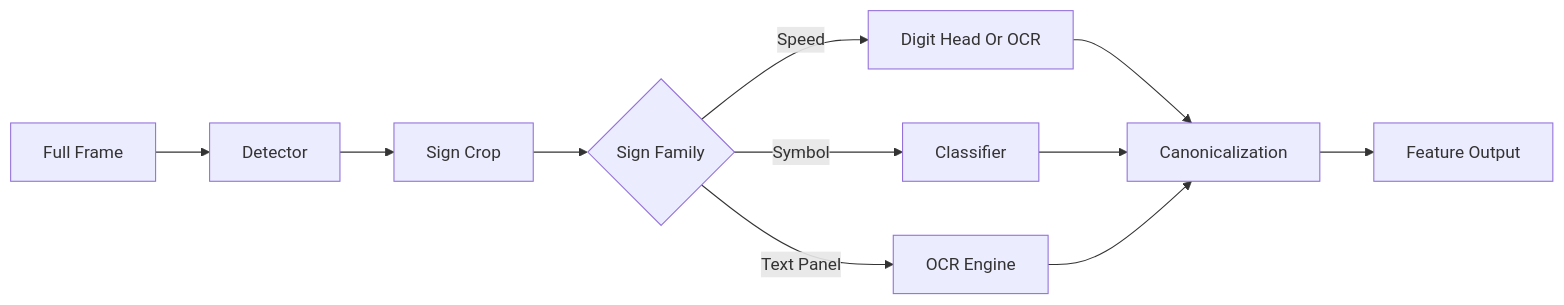
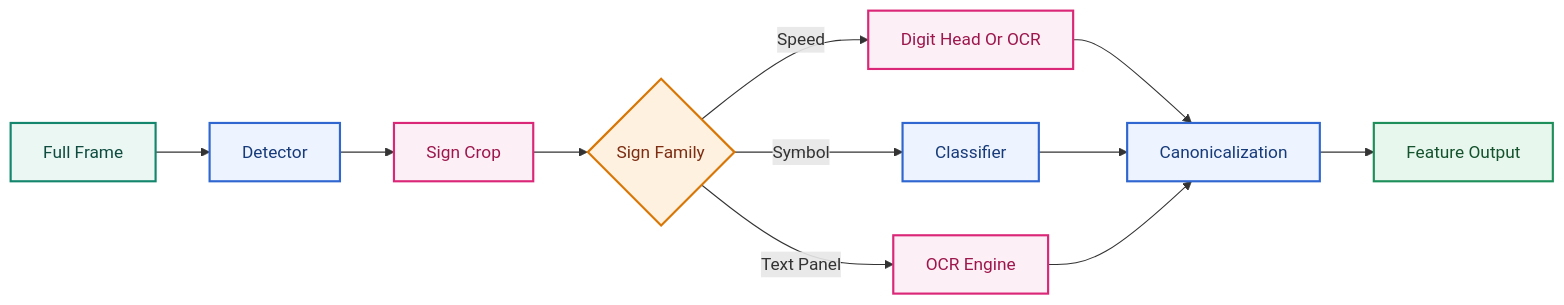
One commit to LeNguyenHaiDuong/adas-tsr changed diagram 12 of 15 in research/3.research_tsr_detection_architecture_research.md. Above: the diagram before and after it, drawn with Mermaid. The commit also changed other lines of this file and 5 other files, not shown here.

Commit message:
Add mermaid color

````diff
--- a/research/3.research_tsr_detection_architecture_research.md
+++ b/research/3.research_tsr_detection_architecture_research.md
@@ -683,13 +754,24 @@
 ```mermaid
 flowchart LR
     A[Full Frame] --> B[Detector]
     B --> C[Sign Crop]
     C --> D{Sign Family}
     D -->|Speed| E[Digit Head Or OCR]
     D -->|Symbol| F[Classifier]
     D -->|Text Panel| G[OCR Engine]
     E --> H[Canonicalization]
     F --> H
     G --> H
     H --> I[Feature Output]
+
+    classDef source fill:#EAF7F2,stroke:#14866D,color:#0F4C3F,stroke-width:2px;
+    classDef feature fill:#EDF3FF,stroke:#2F66D0,color:#173B7A,stroke-width:2px;
+    classDef support fill:#FCEFF5,stroke:#DB2777,color:#9D174D,stroke-width:2px;
+    classDef decision fill:#FFF1E0,stroke:#D97706,color:#7C2D12,stroke-width:2px;
+    classDef integration fill:#E8F7EE,stroke:#1E8E5A,color:#14532D,stroke-width:2px;
+    class A source;
+    class B,F,H feature;
+    class C,E,G support;
+    class D decision;
+    class I integration;
 ```
````
